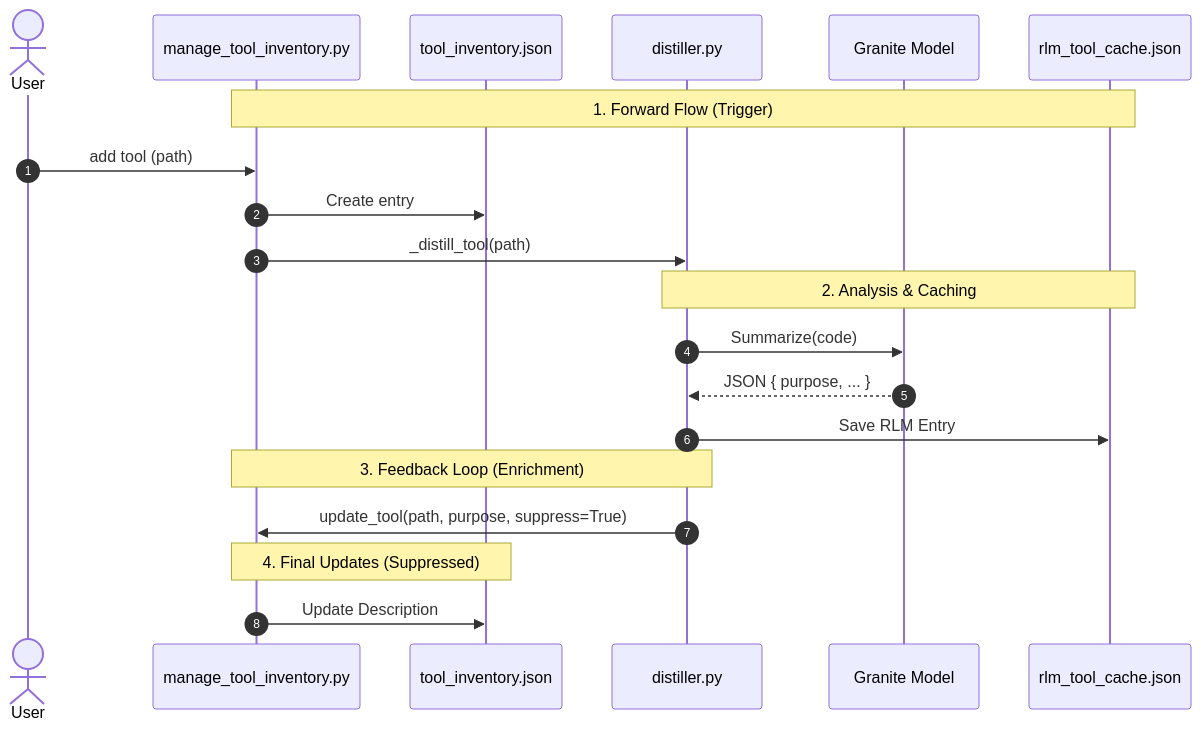
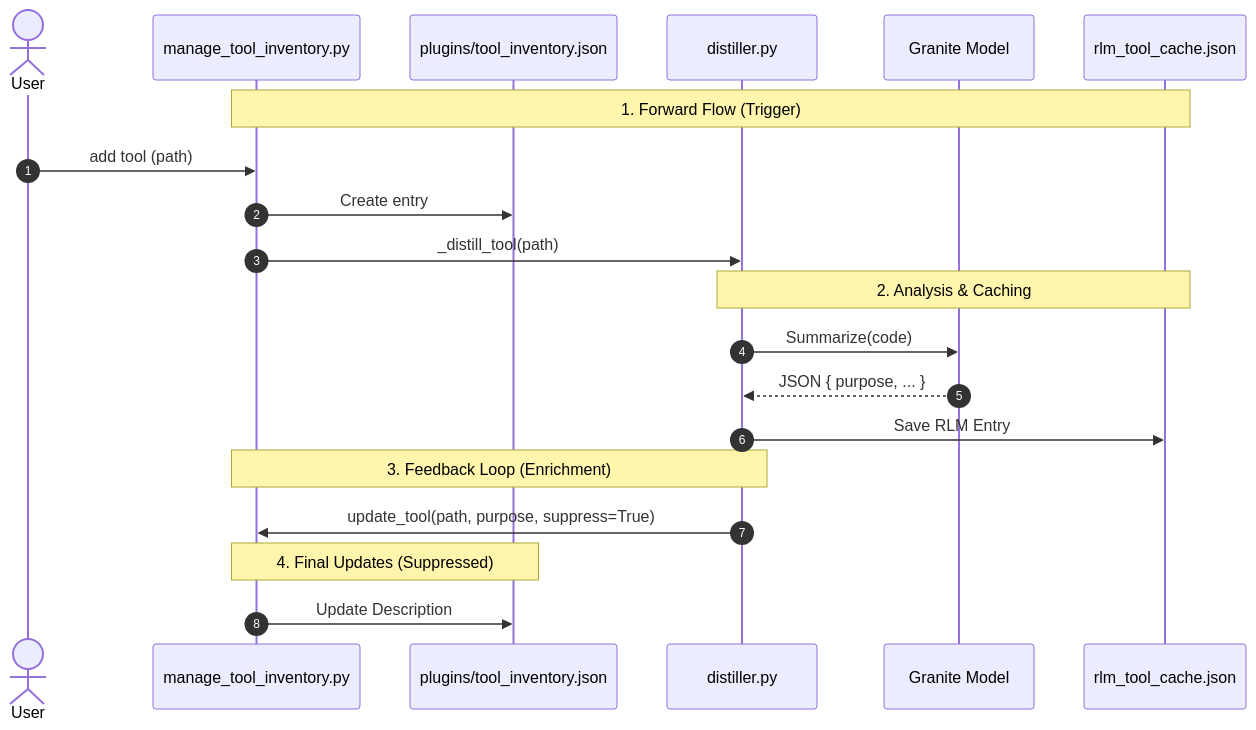
Before and after one commit to richfrem/InvestmentToolkit: the diagram in plugins/rlm-factory/skills/rlm-curator/references/rlm_tool_enrichment_flow.mmd, drawn with Mermaid. The commit also changed 501 other files, not shown here.

```diff
--- a/plugins/rlm-factory/skills/rlm-curator/references/rlm_tool_enrichment_flow.mmd
+++ b/plugins/rlm-factory/skills/rlm-curator/references/rlm_tool_enrichment_flow.mmd
@@ -1,24 +1,24 @@
 sequenceDiagram
     autonumber
     actor User
     participant CLI as manage_tool_inventory.py
-    participant JSON as tool_inventory.json
+    participant JSON as plugins/tool_inventory.json
     participant Distiller as distiller.py
     participant LLM as Granite Model
     participant Cache as rlm_tool_cache.json
 
     note over CLI, Cache: 1. Forward Flow (Trigger)
     User->>CLI: add tool (path)
     CLI->>JSON: Create entry
     CLI->>Distiller: _distill_tool(path)
     
     note over Distiller, Cache: 2. Analysis & Caching
     Distiller->>LLM: Summarize(code)
     LLM-->>Distiller: JSON { purpose, ... }
     Distiller->>Cache: Save RLM Entry
     
     note over Distiller, CLI: 3. Feedback Loop (Enrichment)
     Distiller->>CLI: update_tool(path, purpose, suppress=True)
     
     note over CLI, JSON: 4. Final Updates (Suppressed)
     CLI->>JSON: Update Description
```
